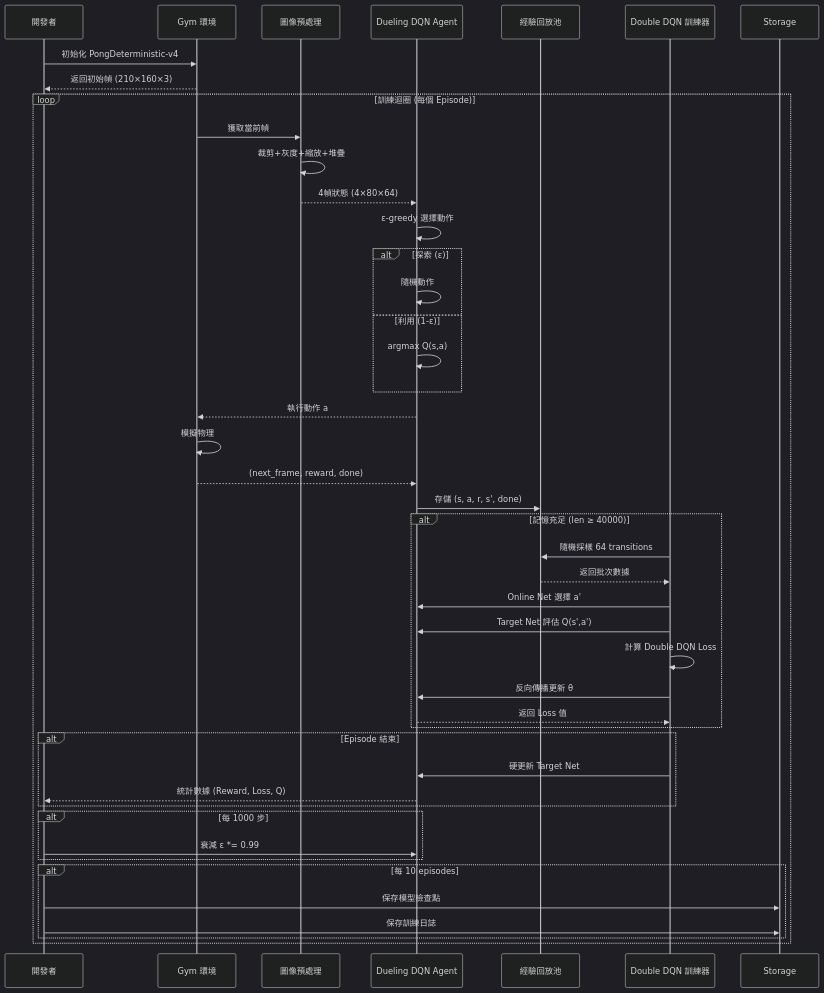
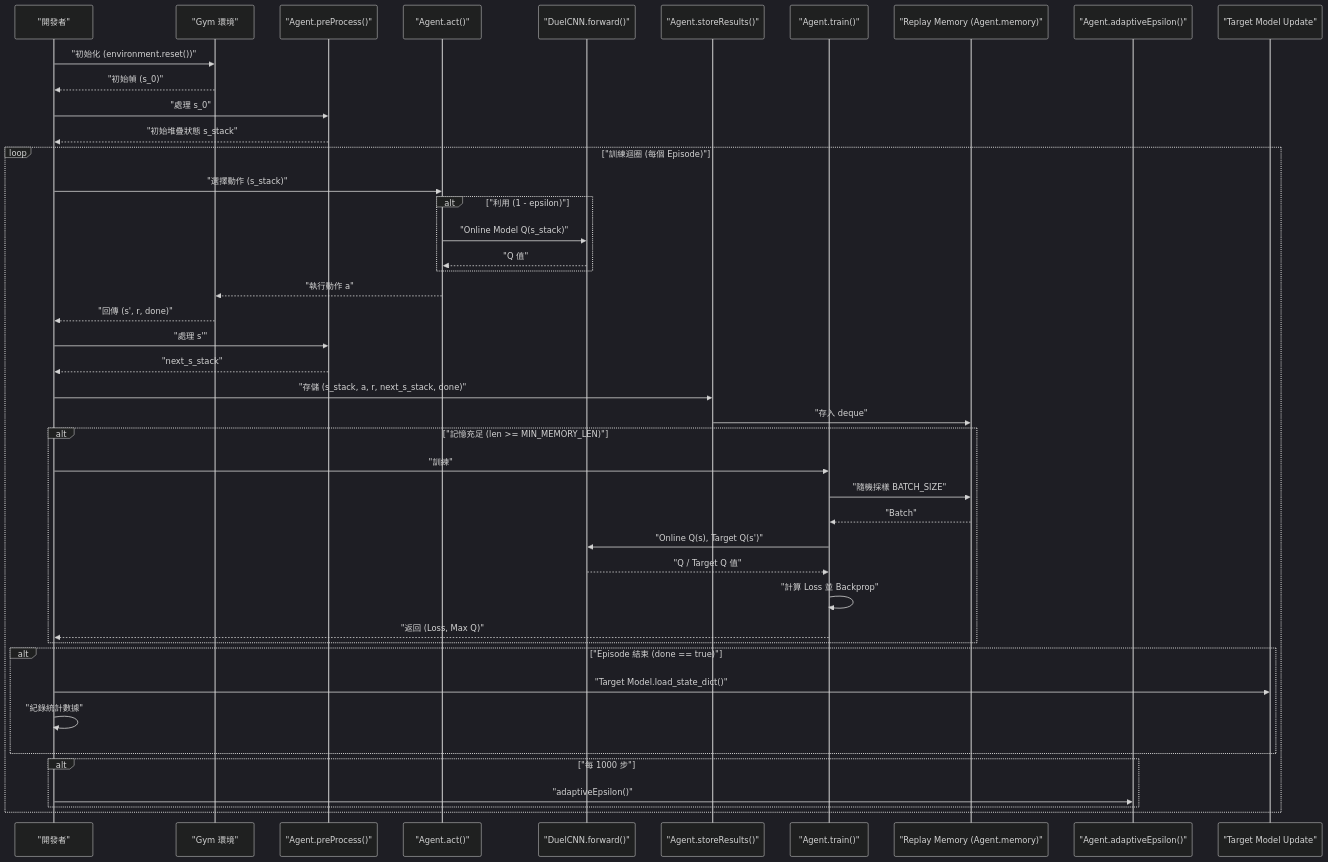
Before and after one commit to C111112104/ML_Game: the sixth of 7 diagrams in doc/ping-pong-ai-project.md, drawn with Mermaid (dark theme). The commit also changed other lines of this file, not shown here.

````diff
--- a/doc/ping-pong-ai-project.md
+++ b/doc/ping-pong-ai-project.md
@@ -409,56 +397,52 @@
 ```mermaid
 sequenceDiagram
-    participant Dev as 開發者
-    participant Env as Gym 環境
-    participant Pre as 圖像預處理
-    participant Agent as Dueling DQN Agent
-    participant Mem as 經驗回放池
-    participant Train as Double DQN 訓練器
+  participant Dev as "開發者"
+  participant Env as "Gym 環境"
+  participant A_PP as "Agent.preProcess()"
+  participant A_Act as "Agent.act()"
+  participant C_Fwd as "DuelCNN.forward()"
+  participant A_SR as "Agent.storeResults()"
+  participant A_Train as "Agent.train()"
+  participant Mem as "Replay Memory (Agent.memory)"
+  participant A_AE as "Agent.adaptiveEpsilon()"
+  participant Target as "Target Model Update"
 
-    Dev->>Env: 初始化 PongDeterministic-v4
-    Env-->>Dev: 返回初始幀 (210×160×3)
+  Dev->>Env: "初始化 (environment.reset())"
+  Env-->>Dev: "初始幀 (s_0)"
+  Dev->>A_PP: "處理 s_0"
+  A_PP-->>Dev: "初始堆疊狀態 s_stack"
 
-    loop 訓練迴圈 (每個 Episode)
-        Env->>Pre: 獲取當前幀
-        Pre->>Pre: 裁剪+灰度+縮放+堆疊
-        Pre-->>Agent: 4幀狀態 (4×80×64)
+  loop "訓練迴圈 (每個 Episode)"
+    Dev->>A_Act: "選擇動作 (s_stack)"
+    alt "利用 (1 - epsilon)"
+      A_Act->>C_Fwd: "Online Model Q(s_stack)"
+      C_Fwd-->>A_Act: "Q 值"
+    end
+    A_Act-->>Env: "執行動作 a"
+    Env-->>Dev: "回傳 (s', r, done)"
 
-        Agent->>Agent: ε-greedy 選擇動作
-        alt 探索 (ε)
-            Agent->>Agent: 隨機動作
-        else 利用 (1-ε)
-            Agent->>Agent: argmax Q(s,a)
-        end
+    Dev->>A_PP: "處理 s'"
+    A_PP-->>Dev: "next_s_stack"
+    Dev->>A_SR: "存儲 (s_stack, a, r, next_s_stack, done)"
+    A_SR->>Mem: "存入 deque"
 
-        Agent-->>Env: 執行動作 a
-        Env->>Env: 模擬物理
-        Env-->>Agent: (next_frame, reward, done)
+    alt "記憶充足 (len >= MIN_MEMORY_LEN)"
+      Dev->>A_Train: "訓練"
+      A_Train->>Mem: "隨機採樣 BATCH_SIZE"
+      Mem-->>A_Train: "Batch"
+      A_Train->>C_Fwd: "Online Q(s), Target Q(s')"
+      C_Fwd-->>A_Train: "Q / Target Q 值"
+      A_Train->>A_Train: "計算 Loss 並 Backprop"
+      A_Train-->>Dev: "返回 (Loss, Max Q)"
+    end
 
-        Agent->>Mem: 存儲 (s, a, r, s', done)
+    alt "Episode 結束 (done == true)"
+      Dev->>Target: "Target Model.load_state_dict()"
+      Dev->>Dev: "紀錄統計數據"
+    end
 
-        alt 記憶充足 (len ≥ 40000)
-            Train->>Mem: 隨機採樣 64 transitions
-            Mem-->>Train: 返回批次數據
-
-            Train->>Agent: Online Net 選擇 a'
-            Train->>Agent: Target Net 評估 Q(s',a')
-            Train->>Train: 計算 Double DQN Loss
-            Train->>Agent: 反向傳播更新 θ
-            Agent-->>Train: 返回 Loss 值
-        end
-
-        alt Episode 結束
-            Train->>Agent: 硬更新 Target Net
-            Agent-->>Dev: 統計數據 (Reward, Loss, Q)
-        end
-
-        alt 每 1000 步
-            Dev->>Agent: 衰減 ε *= 0.99
-        end
-
-        alt 每 10 episodes
-            Dev->>Storage: 保存模型檢查點
-            Dev->>Storage: 保存訓練日誌
-        end
+    alt "每 1000 步"
+      Dev->>A_AE: "adaptiveEpsilon()"
     end
+  end
 ```
````
